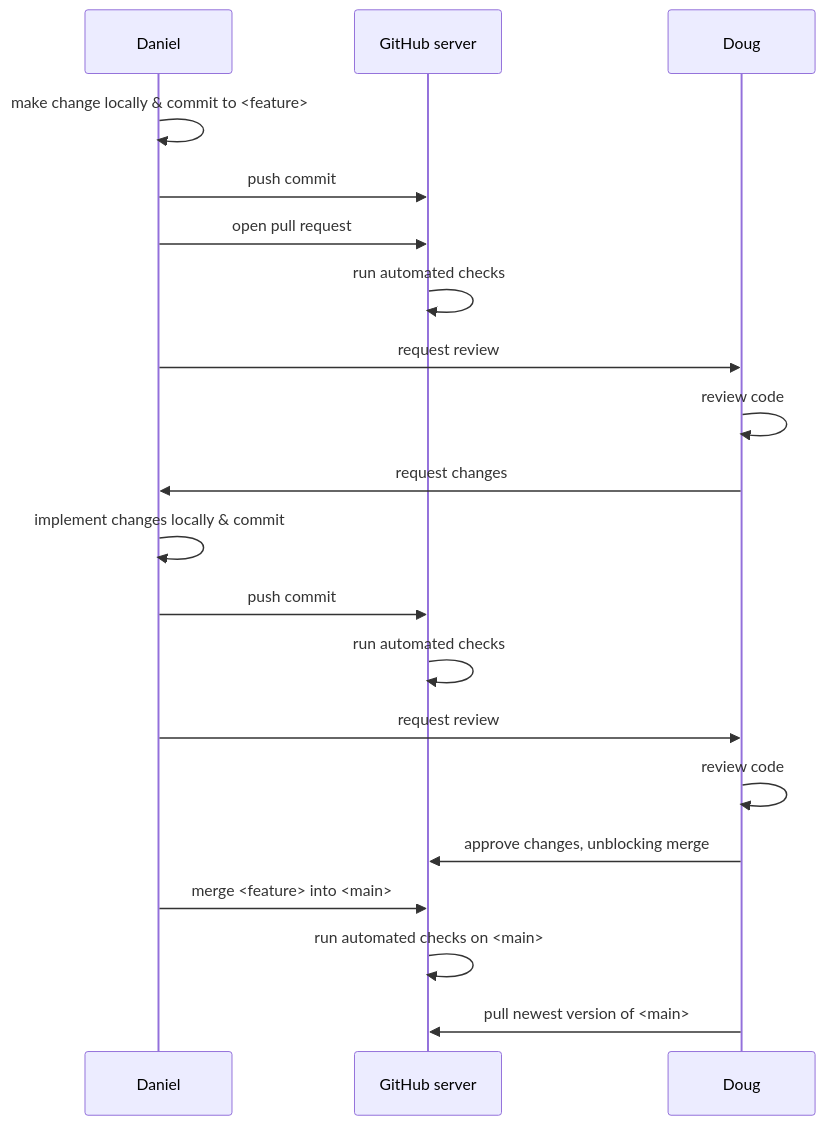
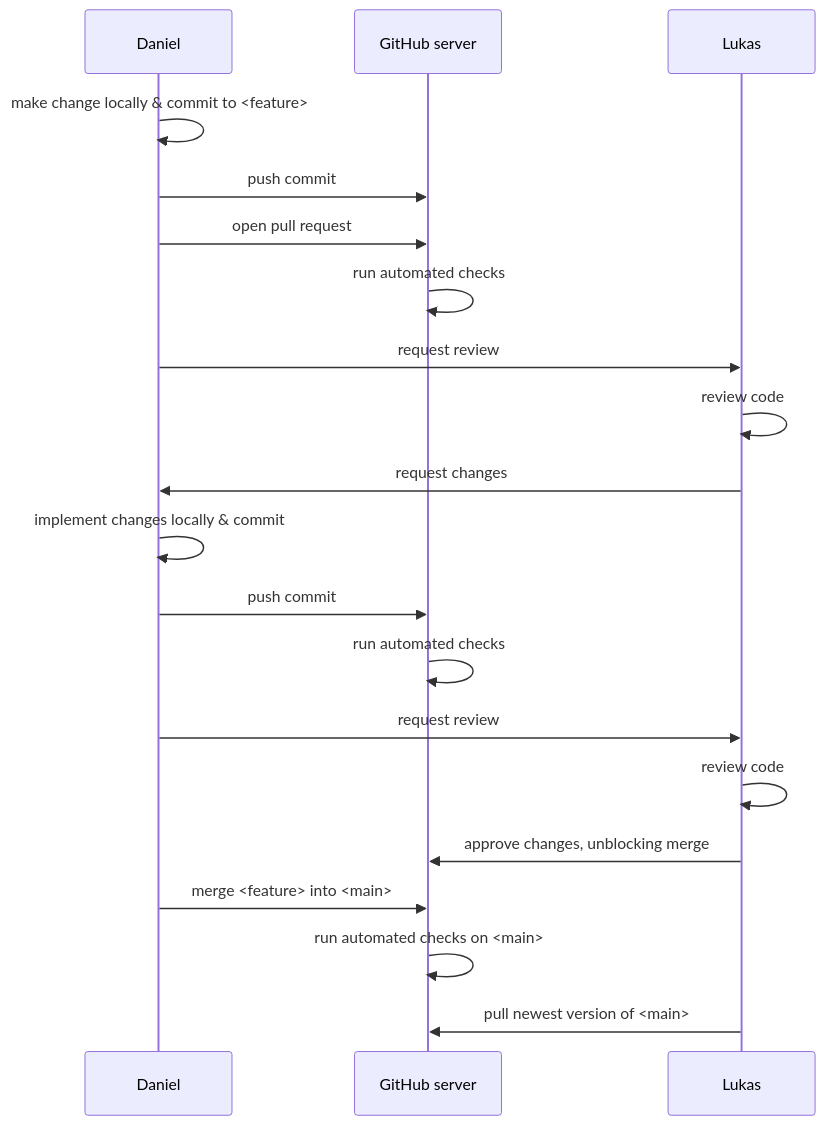
Before and after one commit to openstatsware/shortcourse-iscb2025: the sixth of 6 diagrams in slides/05_collaboration.qmd, drawn with Mermaid. The commit also changed other lines of this file and 1 other file, not shown here.

Commit message:
add Lukas, thank you slide

````diff
--- a/slides/05_collaboration.qmd
+++ b/slides/05_collaboration.qmd
@@ -321,22 +321,22 @@
 ```{mermaid}
 sequenceDiagram
     participant A as Daniel
     participant GH as GitHub server
-    participant B as Doug
+    participant B as Lukas
     A->>A: make change locally & commit to <feature>
     A->>GH: push commit
     A->>GH: open pull request
     GH->>GH: run automated checks
     A->>B: request review
     B->>B: review code
     B->>A: request changes
     A->>A: implement changes locally & commit
     A->>GH: push commit
     GH->>GH: run automated checks
     A->>B: request review
     B->>B: review code
     B->>GH: approve changes, unblocking merge
     A->>GH: merge <feature> into <main>
     GH->>GH: run automated checks on <main>
     B->>GH: pull newest version of <main>
 ```
````
